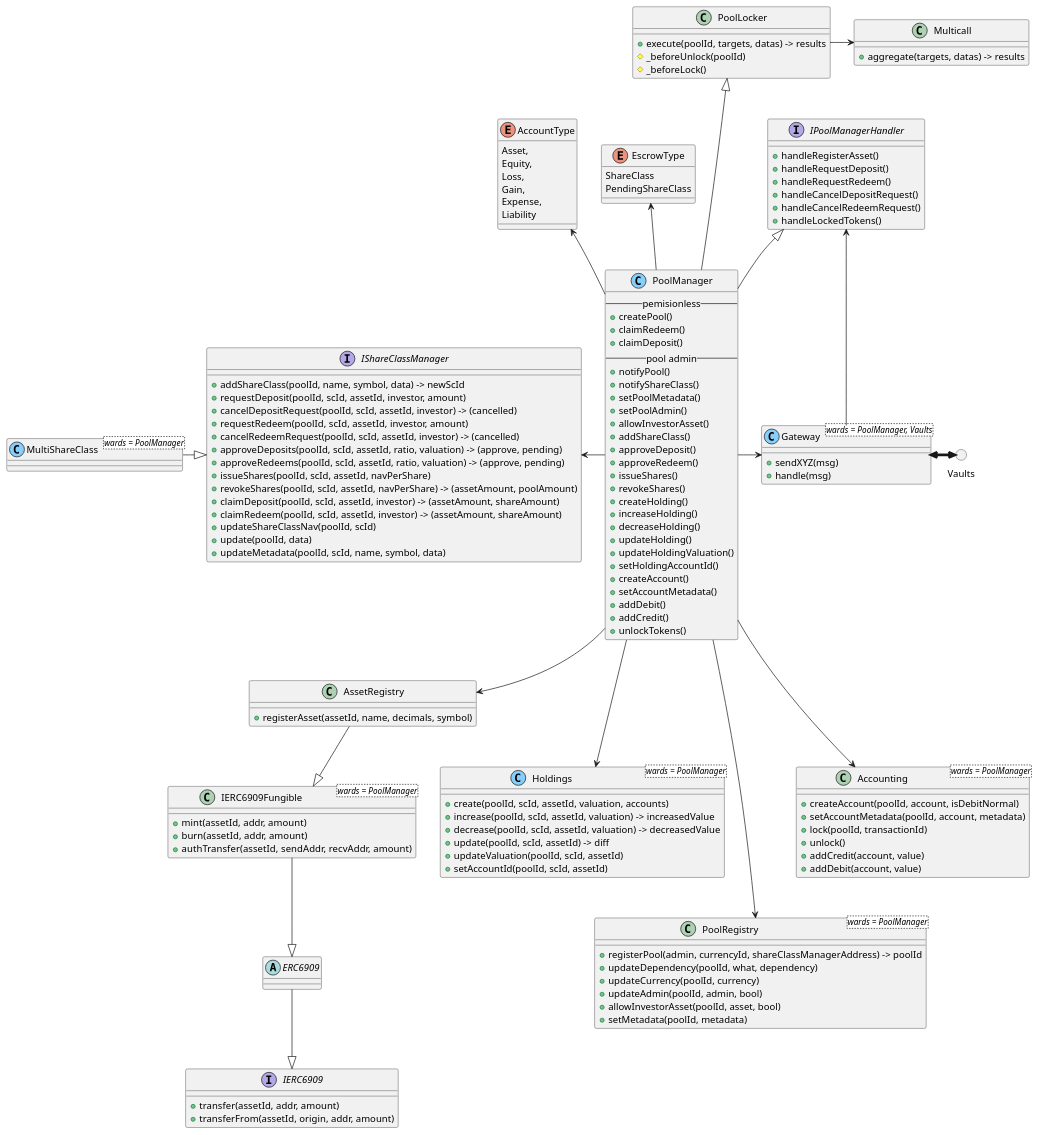
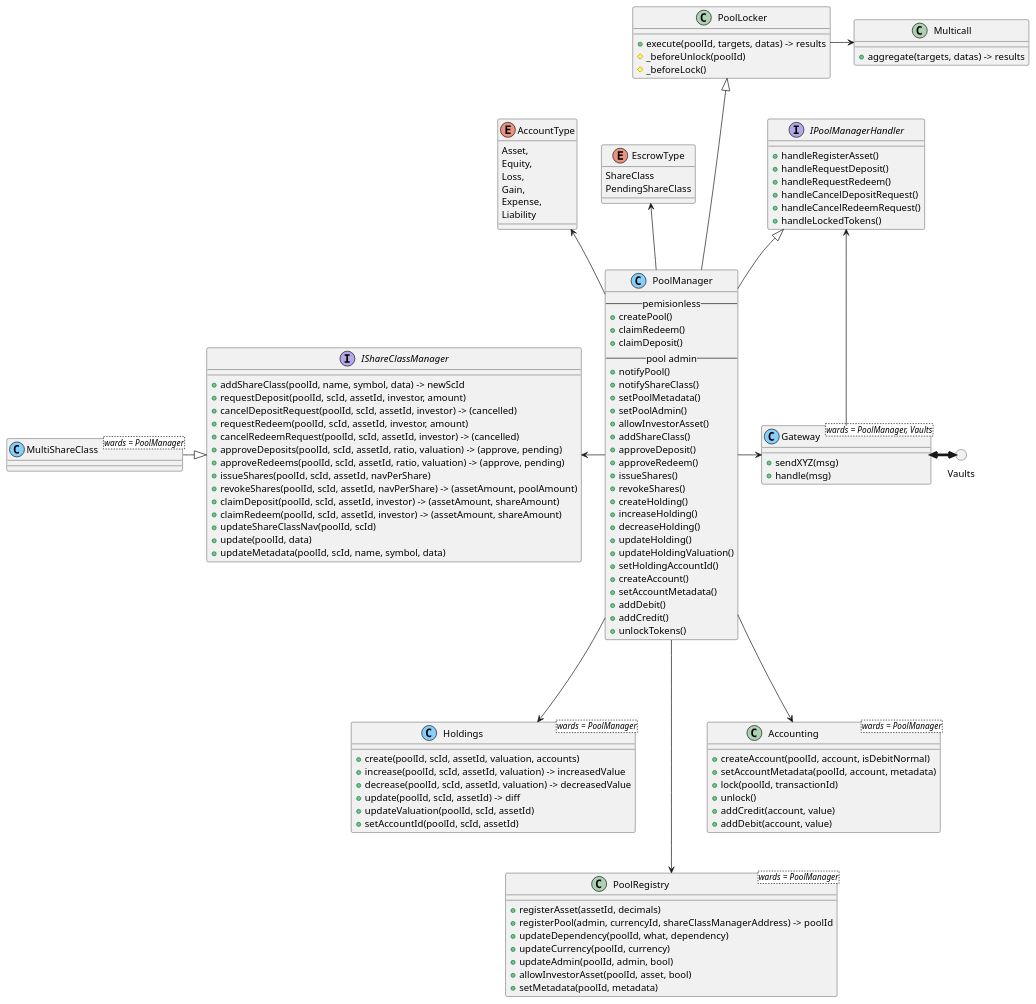
The diagram in docs/pools/architecture.puml (centrifuge/protocol), drawn with PlantUML before and after one commit. The commit also changed 31 other files, not shown here.

Commit message:
Remove asset registry

```diff
--- a/docs/pools/architecture.puml
+++ b/docs/pools/architecture.puml
@@ -1,157 +1,134 @@
 @startuml
 circle Vaults
-
-interface IERC6909 {
-    + transfer(assetId, addr, amount)
-    + transferFrom(assetId, origin, addr, amount)
-}
-
-abstract ERC6909 { }
-
-ERC6909 --|> IERC6909
-
-class IERC6909Fungible<wards = PoolManager> {
-    + mint(assetId, addr, amount)
-    + burn(assetId, addr, amount)
-    + authTransfer(assetId, sendAddr, recvAddr, amount)
-}
-
-IERC6909Fungible --|> ERC6909
-
-class AssetRegistry {
-    + registerAsset(assetId, name, decimals, symbol)
-}
-
-AssetRegistry --|> IERC6909Fungible
 
 class Holdings<wards = PoolManager> <<(C, lightskyblue)>> {
     + create(poolId, scId, assetId, valuation, accounts)
     + increase(poolId, scId, assetId, valuation) -> increasedValue
     + decrease(poolId, scId, assetId, valuation) -> decreasedValue
     + update(poolId, scId, assetId) -> diff
     + updateValuation(poolId, scId, assetId)
     + setAccountId(poolId, scId, assetId)
 }
 
 class PoolRegistry<wards = PoolManager> {
+    + registerAsset(assetId, decimals)
     + registerPool(admin, currencyId, shareClassManagerAddress) -> poolId
     + updateDependency(poolId, what, dependency)
     + updateCurrency(poolId, currency)
     + updateAdmin(poolId, admin, bool)
     + allowInvestorAsset(poolId, asset, bool)
     + setMetadata(poolId, metadata)
 }
 
 interface IShareClassManager {
     + addShareClass(poolId, name, symbol, data) -> newScId
     + requestDeposit(poolId, scId, assetId, investor, amount)
     + cancelDepositRequest(poolId, scId, assetId, investor) -> (cancelled)
     + requestRedeem(poolId, scId, assetId, investor, amount)
     + cancelRedeemRequest(poolId, scId, assetId, investor) -> (cancelled)
     + approveDeposits(poolId, scId, assetId, ratio, valuation) -> (approve, pending)
     + approveRedeems(poolId, scId, assetId, ratio, valuation) -> (approve, pending)
     + issueShares(poolId, scId, assetId, navPerShare)
     + revokeShares(poolId, scId, assetId, navPerShare) -> (assetAmount, poolAmount)
     + claimDeposit(poolId, scId, assetId, investor) -> (assetAmount, shareAmount)
     + claimRedeem(poolId, scId, assetId, investor) -> (assetAmount, shareAmount)
     + updateShareClassNav(poolId, scId)
     + update(poolId, data)
     + updateMetadata(poolId, scId, name, symbol, data)
 }
 
 class MultiShareClass<wards = PoolManager> <<(C, lightskyblue)>>{ }
 MultiShareClass -down|> IShareClassManager
 
 class Accounting<wards = PoolManager> {
     + createAccount(poolId, account, isDebitNormal)
     + setAccountMetadata(poolId, account, metadata)
     + lock(poolId, transactionId)
     + unlock()
     + addCredit(account, value)
     + addDebit(account, value)
 }
 
 class Multicall {
     + aggregate(targets, datas) -> results
 }
 
 class PoolLocker {
     + execute(poolId, targets, datas) -> results
     # _beforeUnlock(poolId)
     # _beforeLock()
 }
 
 PoolLocker -right-> Multicall
 
 enum EscrowType {
     ShareClass
     PendingShareClass
 }
 
 enum AccountType {
     Asset,
     Equity,
     Loss,
     Gain,
     Expense,
     Liability
 }
 
 interface IPoolManagerHandler {
     + handleRegisterAsset()
     + handleRequestDeposit()
     + handleRequestRedeem()
     + handleCancelDepositRequest()
     + handleCancelRedeemRequest()
     + handleLockedTokens()
 }
 
 class PoolManager <<(C, lightskyblue)>> {
     -- pemisionless --
     + createPool()
     + claimRedeem()
     + claimDeposit()
     -- pool admin --
     + notifyPool()
     + notifyShareClass()
     + setPoolMetadata()
     + setPoolAdmin()
     + allowInvestorAsset()
     + addShareClass()
     + approveDeposit()
     + approveRedeem()
     + issueShares()
     + revokeShares()
     + createHolding()
     + increaseHolding()
     + decreaseHolding()
     + updateHolding()
     + updateHoldingValuation()
     + setHoldingAccountId()
     + createAccount()
     + setAccountMetadata()
     + addDebit()
     + addCredit()
     + unlockTokens()
 }
 
 PoolManager -up-|> IPoolManagerHandler
 PoolManager -up--|> PoolLocker
 PoolManager -up-> EscrowType
 PoolManager -up-> AccountType
 PoolManager -down---> PoolRegistry
 PoolManager -left-> IShareClassManager
 PoolManager -down--> Accounting
-PoolManager -down-> AssetRegistry
 PoolManager -down--> Holdings
 PoolManager -right-> Gateway
 
 class Gateway<wards = PoolManager, Vaults> <<(C, lightskyblue)>> {
     + sendXYZ(msg)
     + handle(msg)
 }
 
 Gateway <-[thickness=4]right-> Vaults
 Gateway -up-> IPoolManagerHandler
 
 @enduml
```
